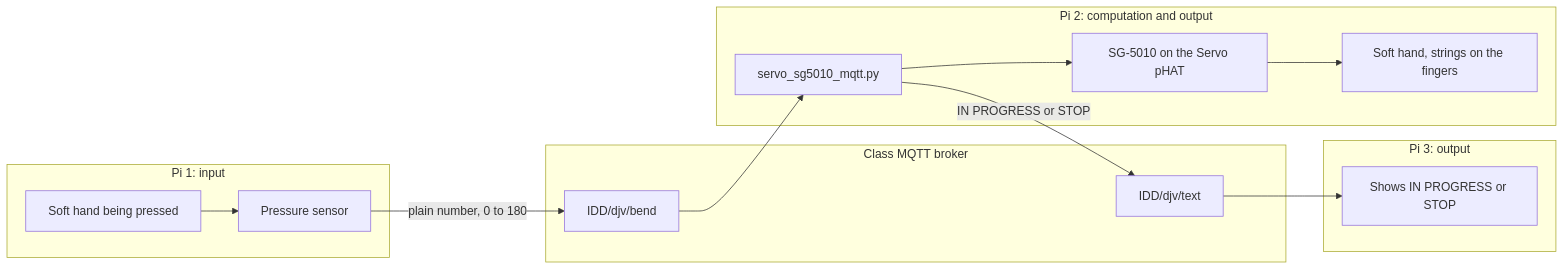
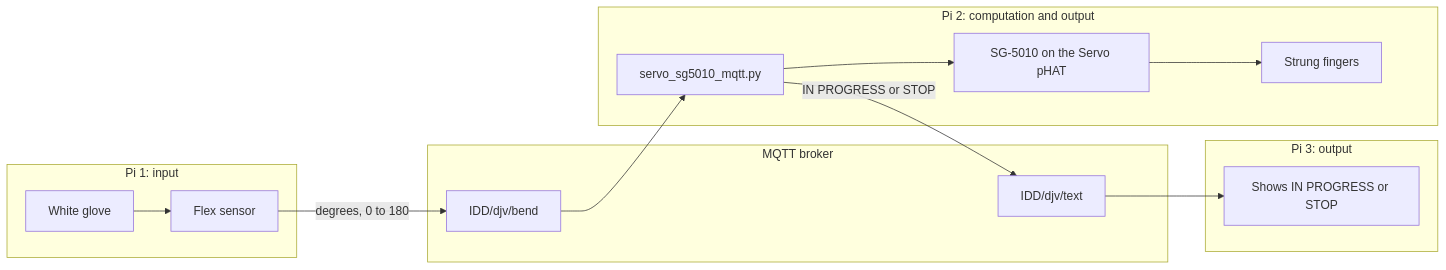
One commit to bydemihu/Interactive-Lab-Hub changed the diagram in Lab 6/README.md. Above: the diagram before and after it, drawn with Mermaid. The commit also changed other lines of this file, not shown here.

````diff
--- a/Lab 6/README.md
+++ b/Lab 6/README.md
@@ -19,23 +90,23 @@
 ```mermaid
 flowchart LR
   subgraph input [Pi 1: input]
-    HandA[Soft hand being pressed]
-    Sensor[Pressure sensor]
-    HandA --> Sensor
+    Glove[White glove]
+    Flex[Flex sensor]
+    Glove --> Flex
   end
-  subgraph broker [Class MQTT broker]
+  subgraph broker [MQTT broker]
     Bend["IDD/djv/bend"]
     Text["IDD/djv/text"]
   end
   subgraph action [Pi 2: computation and output]
     Script[servo_sg5010_mqtt.py]
     Servo[SG-5010 on the Servo pHAT]
-    HandB[Soft hand, strings on the fingers]
-    Script --> Servo --> HandB
+    Hand[Strung fingers]
+    Script --> Servo --> Hand
   end
   subgraph notice [Pi 3: output]
     Note[Shows IN PROGRESS or STOP]
   end
-  Sensor -->|"plain number, 0 to 180"| Bend --> Script
+  Flex -->|"degrees, 0 to 180"| Bend --> Script
   Script -->|"IN PROGRESS or STOP"| Text --> Note
 ```
````
